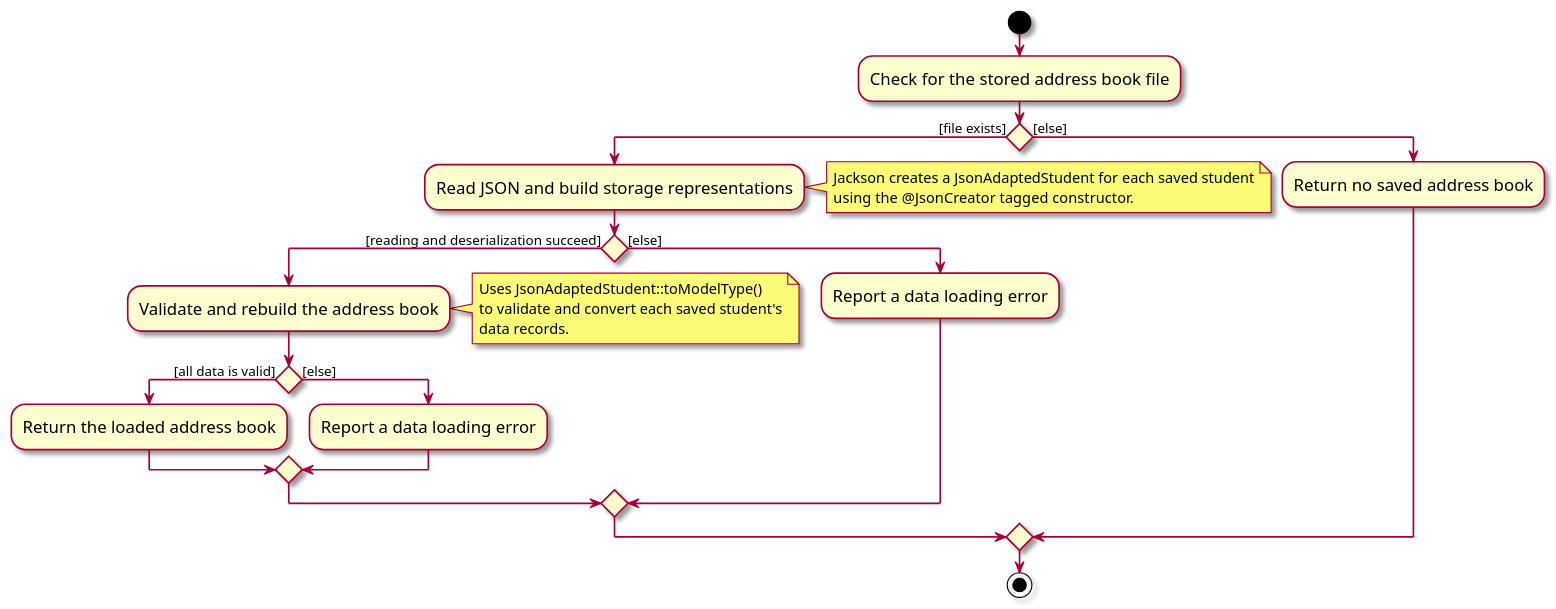
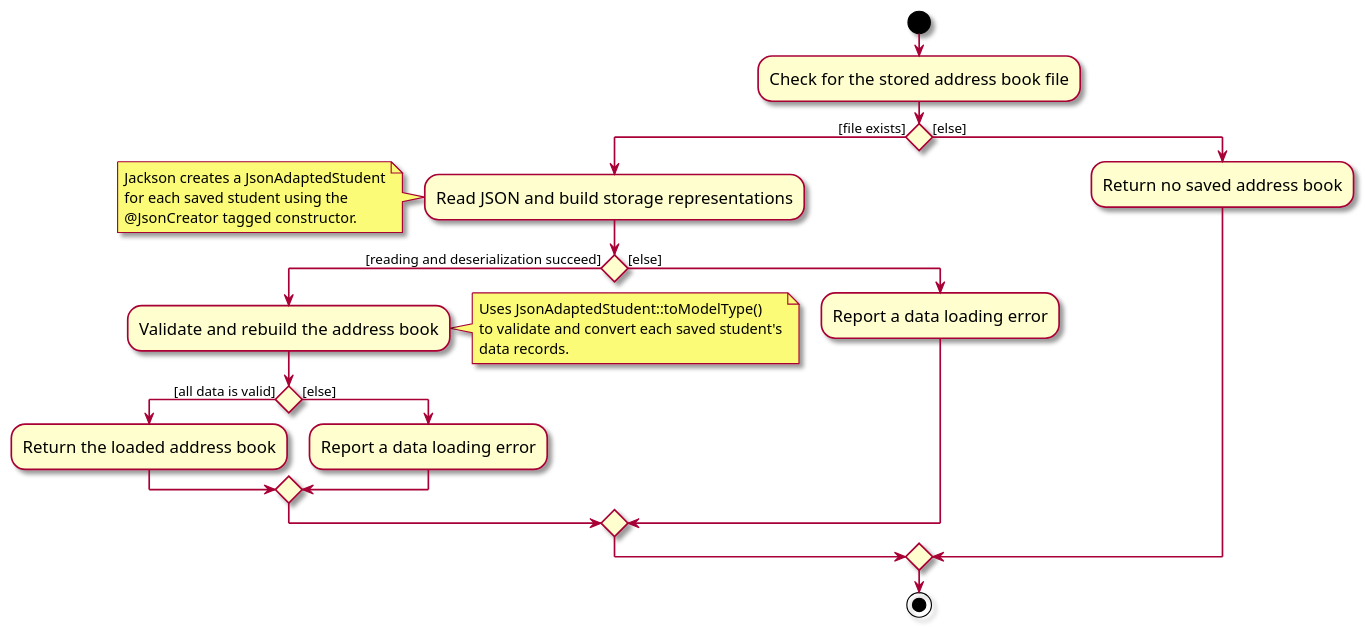
The diagram in diagrams/LoadAdaptedStudentActivityDiagram.puml (AY2627S1-CS2103T-F14a-1/tp), drawn with PlantUML before and after one commit. The commit also changed 24 other files, not shown here.

```diff
--- a/diagrams/LoadAdaptedStudentActivityDiagram.puml
+++ b/diagrams/LoadAdaptedStudentActivityDiagram.puml
@@ -1,32 +1,33 @@
 @startuml
 skin rose
 skinparam ActivityFontSize 15
 skinparam ArrowFontSize 12
 start
 :Check for the stored address book file;
 if () then ([file exists])
     :Read JSON and build storage representations;
-    note right
-        Jackson creates a JsonAdaptedStudent for each saved student
-        using the @JsonCreator tagged constructor.
+    note left
+        Jackson creates a JsonAdaptedStudent
+        for each saved student using the
+        @JsonCreator tagged constructor.
     end note
     if () then ([reading and deserialization succeed])
         :Validate and rebuild the address book;
         note right
             Uses JsonAdaptedStudent::toModelType()
             to validate and convert each saved student's
             data records.
         end note
         if () then ([all data is valid])
             :Return the loaded address book;
         else ([else])
             :Report a data loading error;
         endif
     else ([else])
         :Report a data loading error;
     endif
 else ([else])
     :Return no saved address book;
 endif
 stop
 @enduml
```
